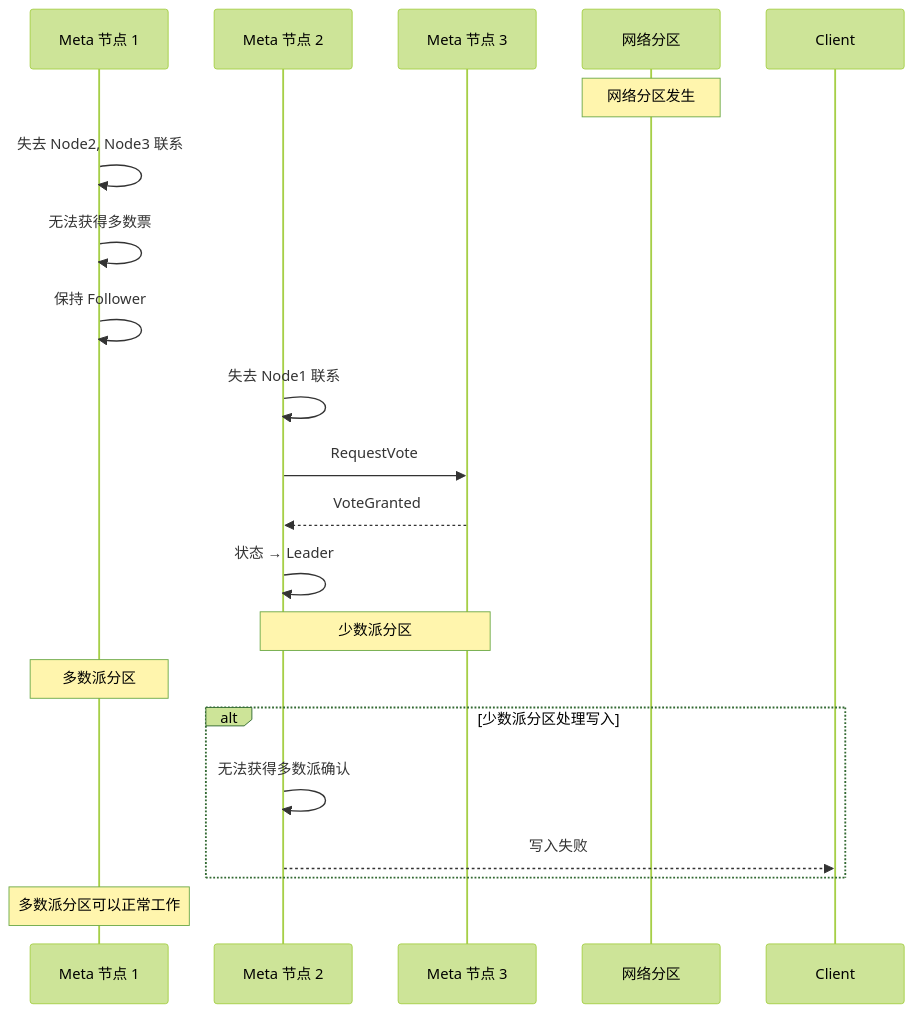
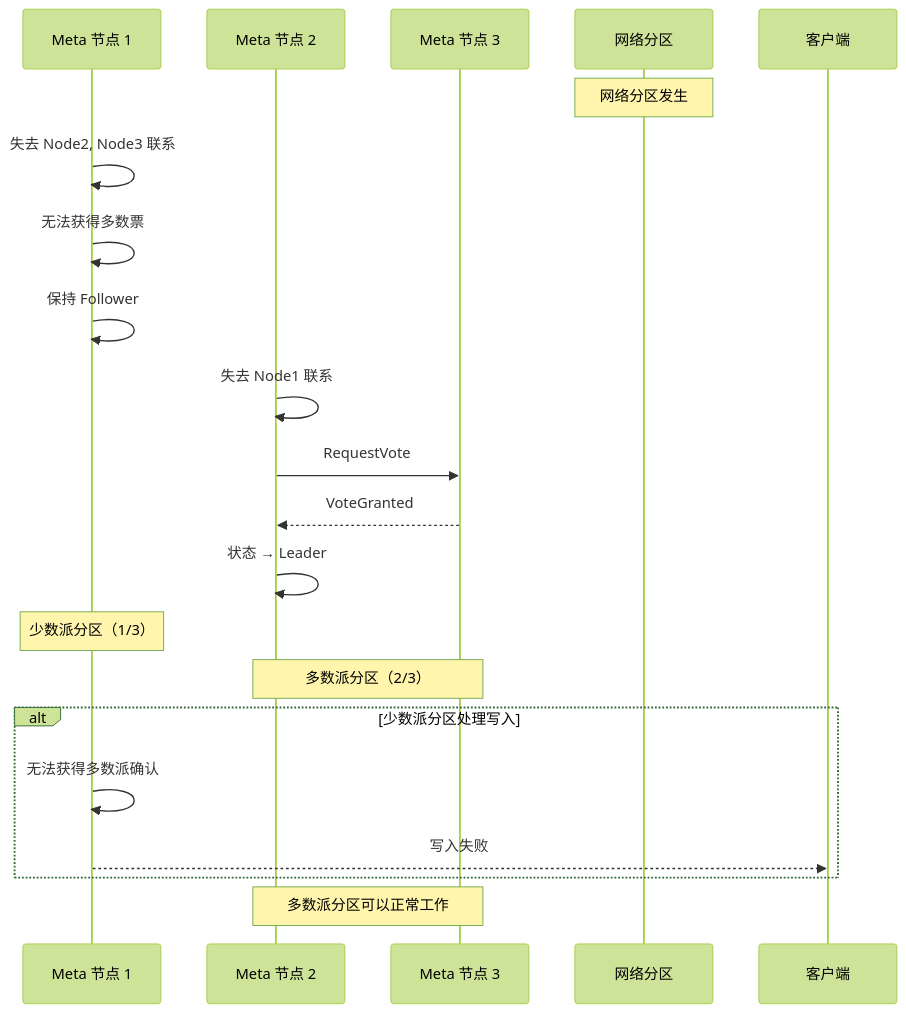
Before and after one commit to stefanv5/openGemini: diagram 16 of 17 in docs/specs/07_state_machine_spec.md, drawn with Mermaid (forest theme). The commit also changed other lines of this file and 37 other files, not shown here.

````diff
--- a/docs/specs/07_state_machine_spec.md
+++ b/docs/specs/07_state_machine_spec.md
@@ -2445,28 +2481,29 @@
 ```mermaid
 sequenceDiagram
     participant Node1 as Meta 节点 1
     participant Node2 as Meta 节点 2
     participant Node3 as Meta 节点 3
     participant Net as 网络分区
+    participant Client as 客户端
 
     Note over Net: 网络分区发生
 
     Node1->>Node1: 失去 Node2, Node3 联系
     Node1->>Node1: 无法获得多数票
     Node1->>Node1: 保持 Follower
 
     Node2->>Node2: 失去 Node1 联系
     Node2->>Node3: RequestVote
     Node3-->>Node2: VoteGranted
     Node2->>Node2: 状态 → Leader
 
-    Note over Node2,Node3: 少数派分区
-    Note over Node1: 多数派分区
+    Note over Node1: 少数派分区（1/3）
+    Note over Node2,Node3: 多数派分区（2/3）
 
     alt 少数派分区处理写入
-        Node2->>Node2: 无法获得多数派确认
-        Node2-->>Client: 写入失败
+        Node1->>Node1: 无法获得多数派确认
+        Node1-->>Client: 写入失败
     end
 
-    Note over Node1: 多数派分区可以正常工作
+    Note over Node2,Node3: 多数派分区可以正常工作
 ```
````
